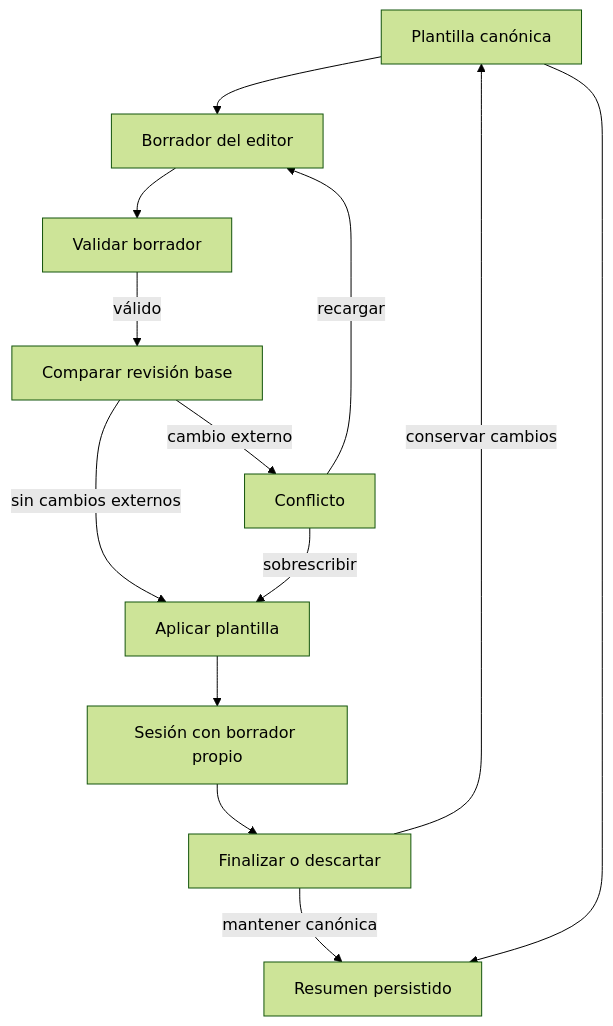
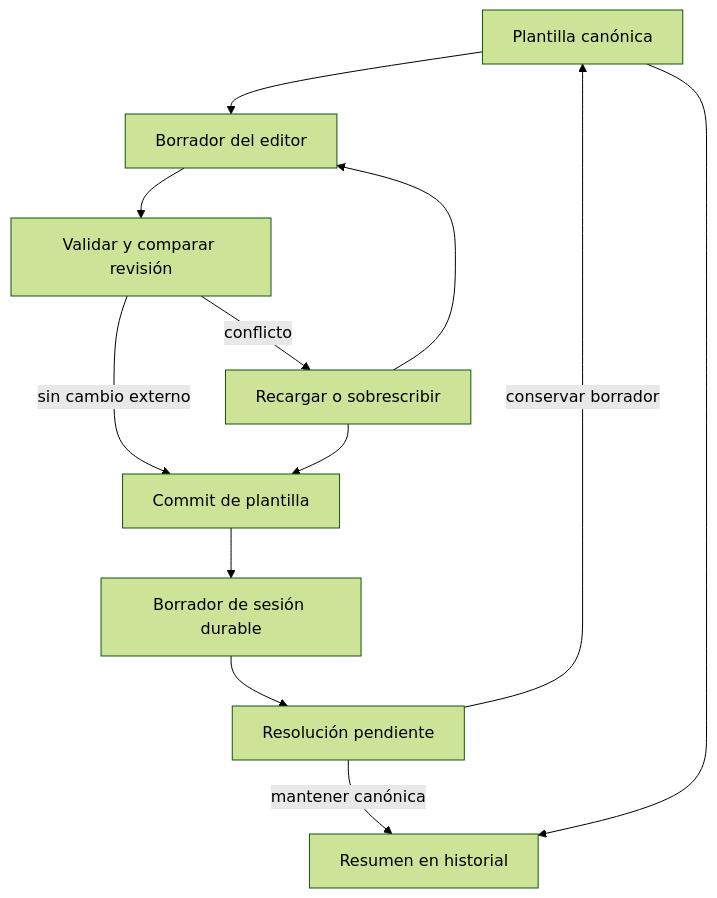
The first of 2 diagrams in openwiki/mobile/training.md (maximofn/gymnasia), drawn with Mermaid (forest theme) before and after one commit. The commit also changed other lines of this file and 54 other files, not shown here.

````diff
--- a/openwiki/mobile/training.md
+++ b/openwiki/mobile/training.md
@@ -73,15 +91,14 @@
 ```mermaid
 flowchart TD
-    Template["Plantilla canónica"] --> Editor["Borrador del editor"]
-    Editor --> Validate["Validar borrador"]
-    Validate -->|"válido"| Revision["Comparar revisión base"]
-    Revision -->|"sin cambios externos"| Commit["Aplicar plantilla"]
-    Revision -->|"cambio externo"| Conflict["Conflicto"]
-    Conflict -->|"recargar"| Editor
-    Conflict -->|"sobrescribir"| Commit
-    Commit --> Session["Sesión con borrador propio"]
-    Session --> Resolution["Finalizar o descartar"]
-    Resolution -->|"conservar cambios"| Template
-    Resolution -->|"mantener canónica"| Summary["Resumen persistido"]
-    Template --> Summary
+    Canonical["Plantilla canónica"] --> Editor["Borrador del editor"]
+    Editor --> Check["Validar y comparar revisión"]
+    Check -->|"sin cambio externo"| Save["Commit de plantilla"]
+    Check -->|"conflicto"| Choice["Recargar o sobrescribir"]
+    Choice --> Editor
+    Choice --> Save
+    Save --> SessionDraft["Borrador de sesión durable"]
+    SessionDraft --> Pending["Resolución pendiente"]
+    Pending -->|"conservar borrador"| Canonical
+    Pending -->|"mantener canónica"| History["Resumen en historial"]
+    Canonical --> History
 ```
````
